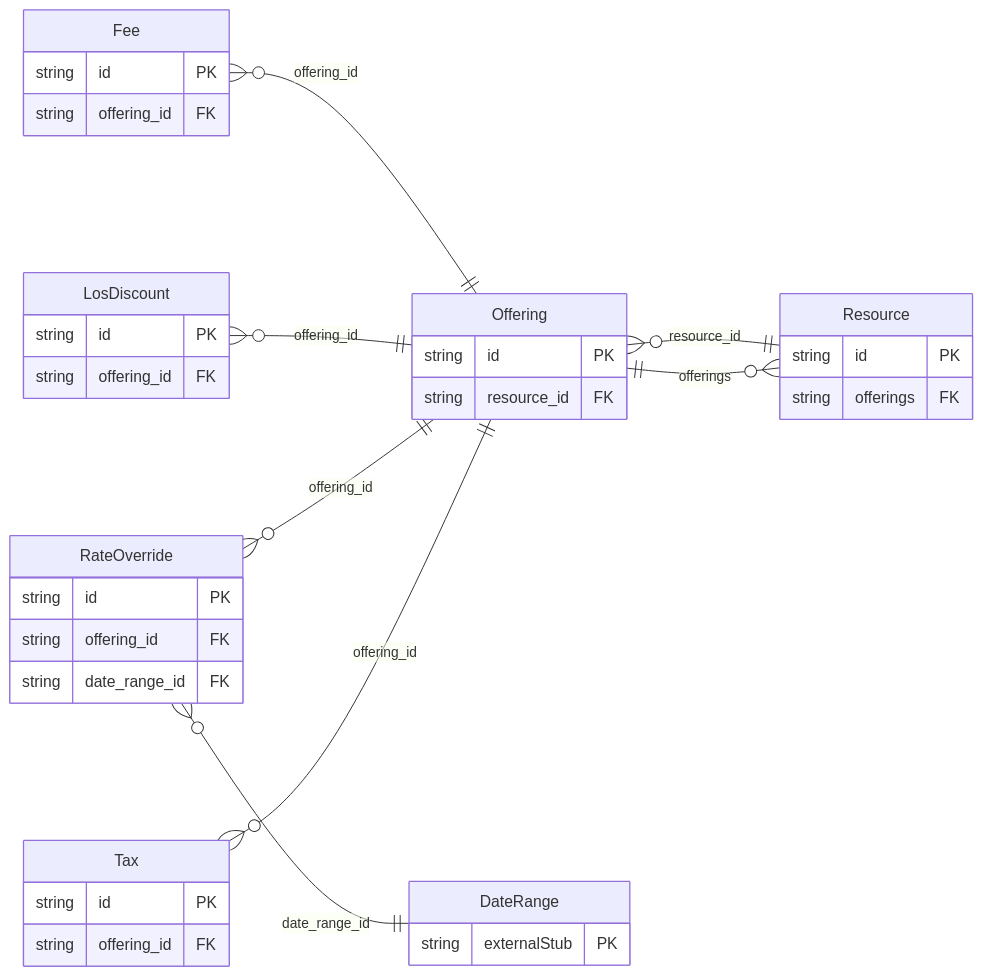
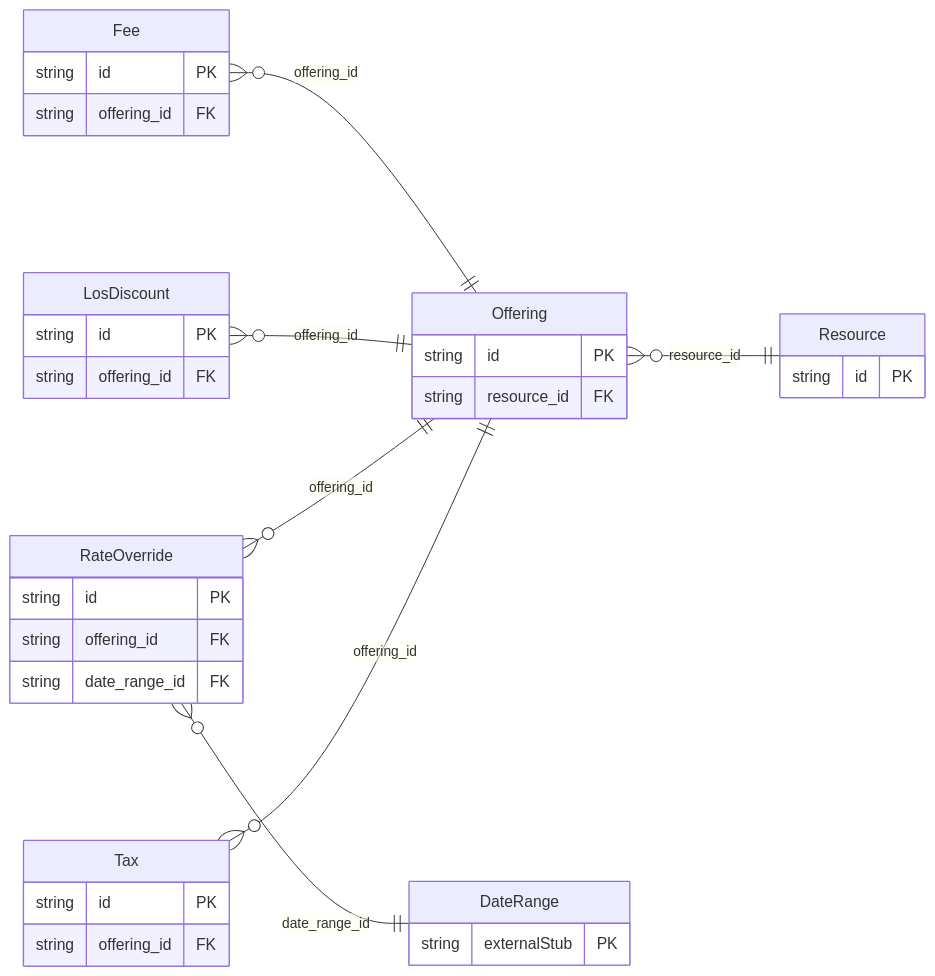
The diagram in protobuf/generated/prisma/freebusy/resource/README.md (oh-tarnished/freebusy), drawn with Mermaid before and after one commit. The commit also changed 33 other files, not shown here.

````diff
--- a/protobuf/generated/prisma/freebusy/resource/README.md
+++ b/protobuf/generated/prisma/freebusy/resource/README.md
@@ -13,39 +13,37 @@
 ```mermaid
 erDiagram
     direction LR
     Fee {
         string id PK
         string offering_id FK
     }
     LosDiscount {
         string id PK
         string offering_id FK
     }
     Offering {
         string id PK
         string resource_id FK
     }
     RateOverride {
         string id PK
         string offering_id FK
         string date_range_id FK
     }
     Resource {
         string id PK
-        string offerings FK
     }
     Tax {
         string id PK
         string offering_id FK
     }
     DateRange {
         string externalStub PK
     }
     Fee }o--|| Offering : "offering_id"
     LosDiscount }o--|| Offering : "offering_id"
     Offering }o--|| Resource : "resource_id"
     RateOverride }o--|| Offering : "offering_id"
     RateOverride }o--|| DateRange : "date_range_id"
-    Resource }o--|| Offering : "offerings"
     Tax }o--|| Offering : "offering_id"
 ```
````
